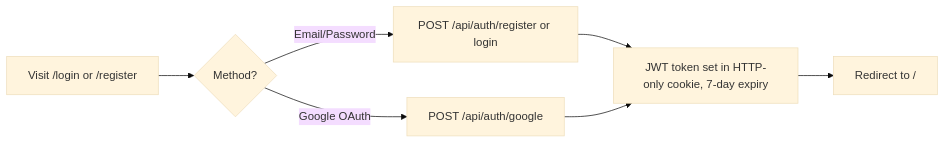
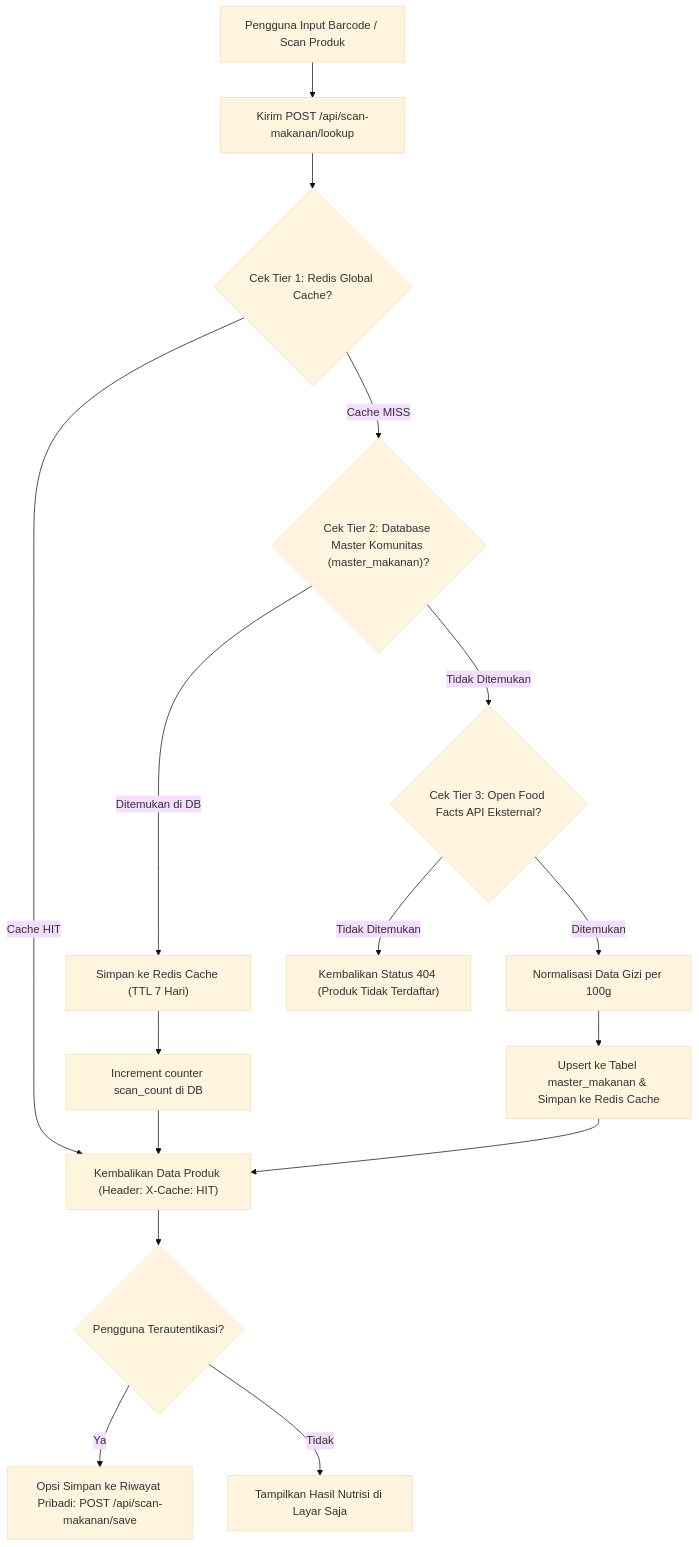
One commit to madsobirin/proyek_3 changed the second of 5 diagrams in docs/PRD.md. Above: the diagram before and after it, drawn with Mermaid (base theme). The commit also changed other lines of this file and 2 other files, not shown here.

````diff
--- a/docs/PRD.md
+++ b/docs/PRD.md
@@ -147,9 +147,18 @@
 ```mermaid
-flowchart LR
-    A["Visit /login or /register"] --> B{"Method?"}
-    B -- Email/Password --> C["POST /api/auth/register or login"]
-    B -- Google OAuth --> D["POST /api/auth/google"]
-    C --> E["JWT token set in HTTP-only cookie, 7-day expiry"]
-    D --> E
-    E --> F["Redirect to /"]
+flowchart TD
+    A["Pengguna Input Barcode / Scan Produk"] --> B["Kirim POST /api/scan-makanan/lookup"]
+    B --> C{"Cek Tier 1: Redis Global Cache?"}
+    C -- Cache HIT --> D["Kembalikan Data Produk (Header: X-Cache: HIT)"]
+    C -- Cache MISS --> E{"Cek Tier 2: Database Master Komunitas (master_makanan)?"}
+    E -- Ditemukan di DB --> F["Simpan ke Redis Cache (TTL 7 Hari)"]
+    F --> G["Increment counter scan_count di DB"]
+    G --> D
+    E -- Tidak Ditemukan --> H{"Cek Tier 3: Open Food Facts API Eksternal?"}
+    H -- Ditemukan --> I["Normalisasi Data Gizi per 100g"]
+    I --> J["Upsert ke Tabel master_makanan & Simpan ke Redis Cache"]
+    J --> D
+    H -- Tidak Ditemukan --> K["Kembalikan Status 404 (Produk Tidak Terdaftar)"]
+    D --> L{"Pengguna Terautentikasi?"}
+    L -- Ya --> M["Opsi Simpan ke Riwayat Pribadi: POST /api/scan-makanan/save"]
+    L -- Tidak --> N["Tampilkan Hasil Nutrisi di Layar Saja"]
 ```
````
